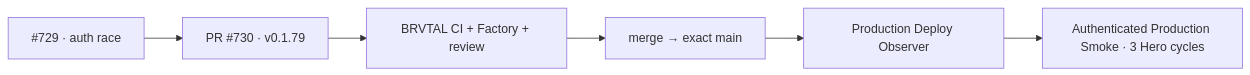
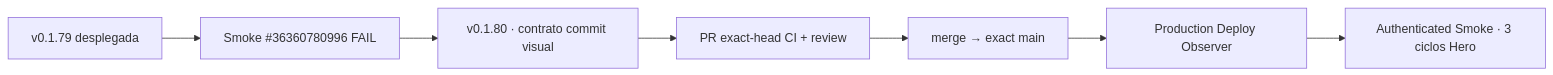
The diagram in README.md (pl0n3r/brvtal), drawn with Mermaid before and after one commit. The commit also changed other lines of this file and 7 other files, not shown here.

````diff
--- a/README.md
+++ b/README.md
@@ -42,8 +72,9 @@
 ```mermaid
 flowchart LR
-  A["#729 · auth race"] --> B["PR #730 · v0.1.79"]
-  B --> C["BRVTAL CI + Factory + review"]
-  C --> D["merge → exact main"]
-  D --> E["Production Deploy Observer"]
-  E --> F["Authenticated Production Smoke · 3 Hero cycles"]
+  A["v0.1.79 desplegada"] --> B["Smoke #36360780996 FAIL"]
+  B --> C["v0.1.80 · contrato commit visual"]
+  C --> D["PR exact-head CI + review"]
+  D --> E["merge → exact main"]
+  E --> F["Production Deploy Observer"]
+  F --> G["Authenticated Smoke · 3 ciclos Hero"]
 ```
````
